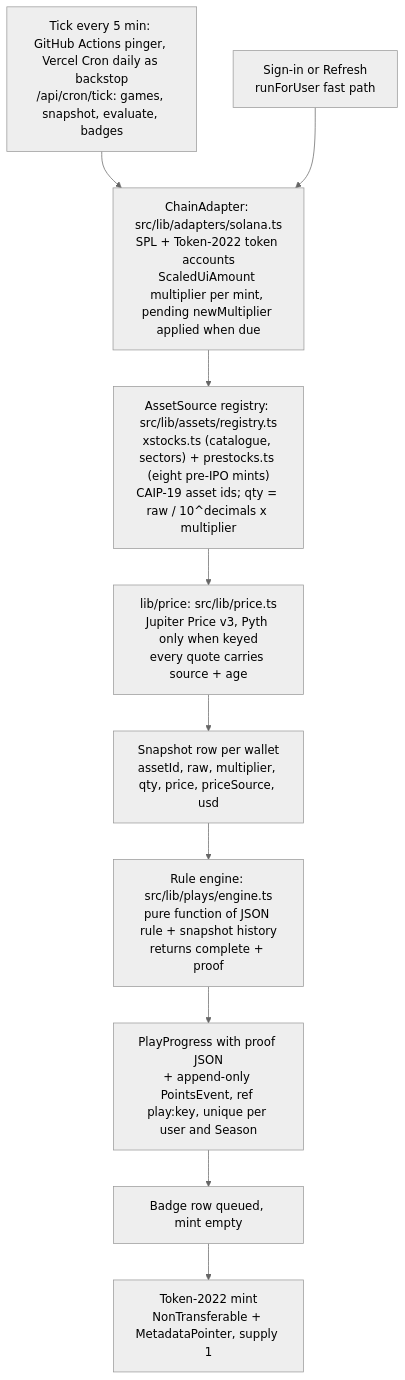
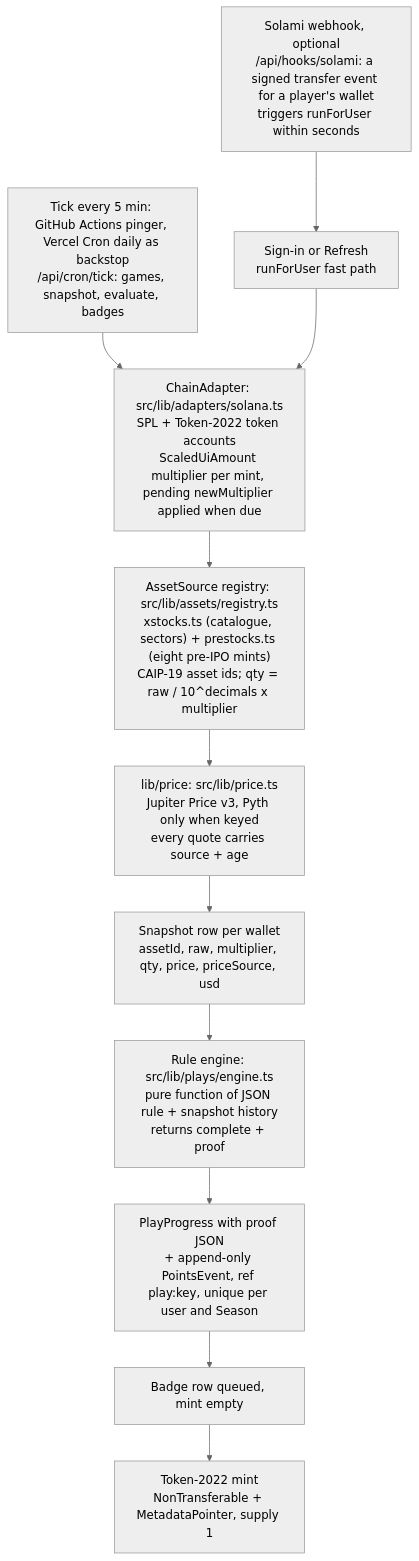
Before and after one commit to djbigzzz/dulo: the first of 2 diagrams in README.md, drawn with Mermaid (neutral theme). The commit also changed other lines of this file and 13 other files, not shown here.

First line of the commit message:
Verify on-chain quests within seconds through a Solami webhook

````diff
--- a/README.md
+++ b/README.md
@@ -226,17 +226,20 @@
 ```mermaid
 flowchart TD
   cron["Tick every 5 min: GitHub Actions pinger, Vercel Cron daily as backstop<br/>/api/cron/tick: games, snapshot, evaluate, badges"]
   fast["Sign-in or Refresh<br/>runForUser fast path"]
   adapter["ChainAdapter: src/lib/adapters/solana.ts<br/>SPL + Token-2022 token accounts<br/>ScaledUiAmount multiplier per mint, pending newMultiplier applied when due"]
   assets["AssetSource registry: src/lib/assets/registry.ts<br/>xstocks.ts (catalogue, sectors) + prestocks.ts (eight pre-IPO mints)<br/>CAIP-19 asset ids; qty = raw / 10^decimals x multiplier"]
   price["lib/price: src/lib/price.ts<br/>Jupiter Price v3, Pyth only when keyed<br/>every quote carries source + age"]
   snap["Snapshot row per wallet<br/>assetId, raw, multiplier, qty, price, priceSource, usd"]
   engine["Rule engine: src/lib/plays/engine.ts<br/>pure function of JSON rule + snapshot history<br/>returns complete + proof"]
   ledger["PlayProgress with proof JSON<br/>+ append-only PointsEvent, ref play:key, unique per user and Season"]
   queue["Badge row queued, mint empty"]
   mint["Token-2022 mint<br/>NonTransferable + MetadataPointer, supply 1"]
 
+  hook["Solami webhook, optional<br/>/api/hooks/solami: a signed transfer event for a player's wallet<br/>triggers runForUser within seconds"]
+
   cron --> adapter
   fast --> adapter
+  hook --> fast
   adapter --> assets --> price --> snap --> engine --> ledger --> queue --> mint
 ```
````
